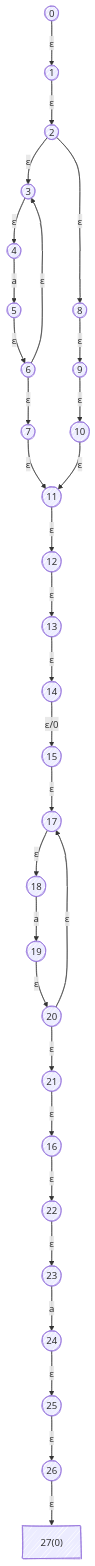
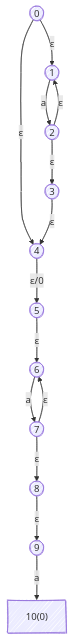
One commit to moonbitlang/moonlex changed the diagram in src/lib/tests/__snapshot__/nfa_a_star_capture.md. Above: the diagram before and after it, drawn with Mermaid. The commit also changed 8 other files, not shown here.

````diff
--- a/src/lib/tests/__snapshot__/nfa_a_star_capture.md
+++ b/src/lib/tests/__snapshot__/nfa_a_star_capture.md
@@ -1,65 +1,31 @@
 ```mermaid
 ---
   config:
     look: handDrawn
 ---
 graph TD
 0-->|"ε"|1
-1-->|"ε"|2
+0-->|"ε"|4
+1-->|"a"|2
+2-->|"ε"|1
 2-->|"ε"|3
-2-->|"ε"|8
 3-->|"ε"|4
-4-->|"a"|5
+4-->|"ε/0"|5
 5-->|"ε"|6
-6-->|"ε"|3
-6-->|"ε"|7
-7-->|"ε"|11
+6-->|"a"|7
+7-->|"ε"|6
+7-->|"ε"|8
 8-->|"ε"|9
-9-->|"ε"|10
-10-->|"ε"|11
-11-->|"ε"|12
-12-->|"ε"|13
-13-->|"ε"|14
-14-->|"ε/0"|15
-15-->|"ε"|17
-16-->|"ε"|22
-17-->|"ε"|18
-18-->|"a"|19
-19-->|"ε"|20
-20-->|"ε"|17
-20-->|"ε"|21
-21-->|"ε"|16
-22-->|"ε"|23
-23-->|"a"|24
-24-->|"ε"|25
-25-->|"ε"|26
-26-->|"ε"|27
+9-->|"a"|10
 0((0))
 1((1))
 2((2))
 3((3))
 4((4))
 5((5))
 6((6))
 7((7))
 8((8))
 9((9))
-10((10))
-11((11))
-12((12))
-13((13))
-14((14))
-15((15))
-16((16))
-17((17))
-18((18))
-19((19))
-20((20))
-21((21))
-22((22))
-23((23))
-24((24))
-25((25))
-26((26))
-27["27(0)"]
+10["10(0)"]
 ```
````
